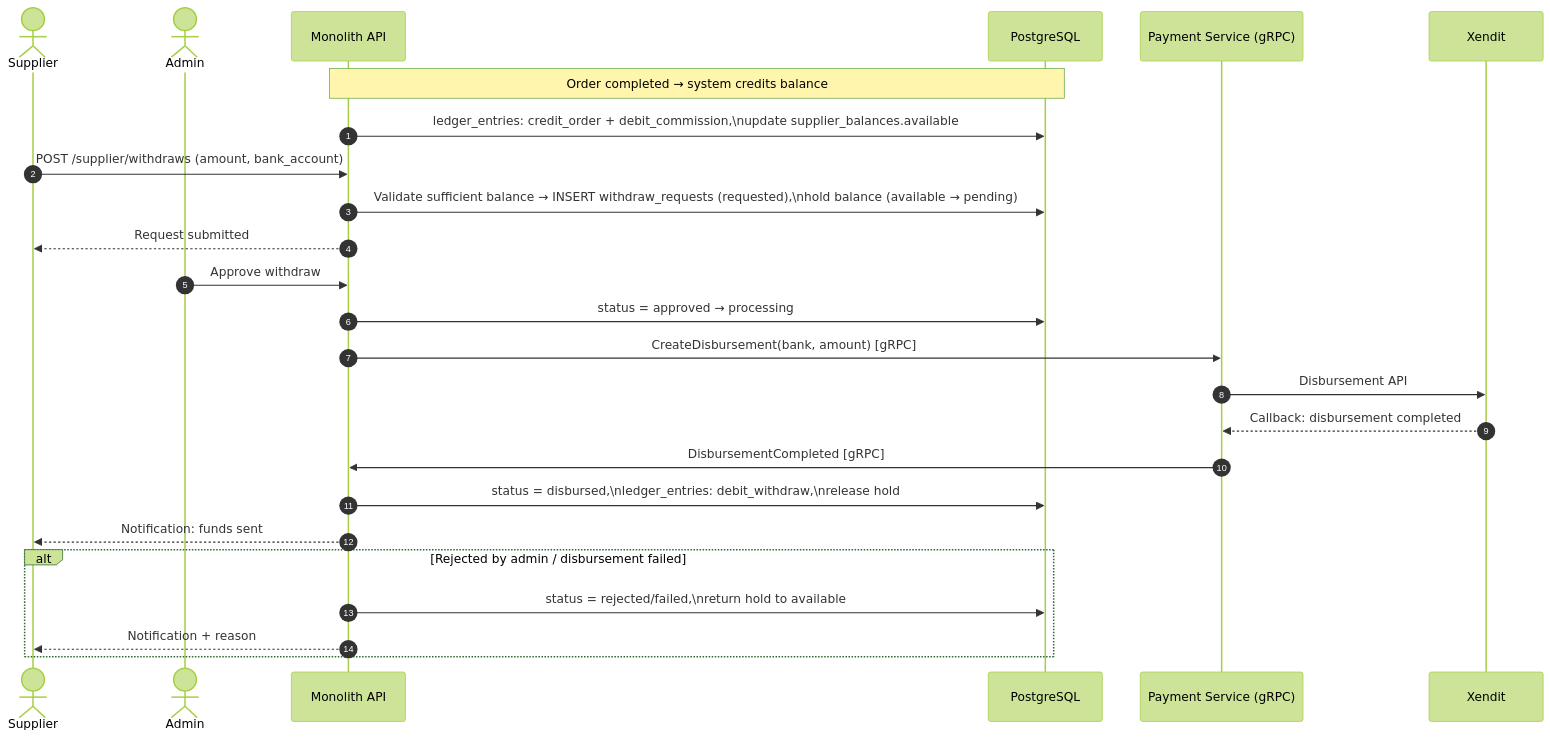
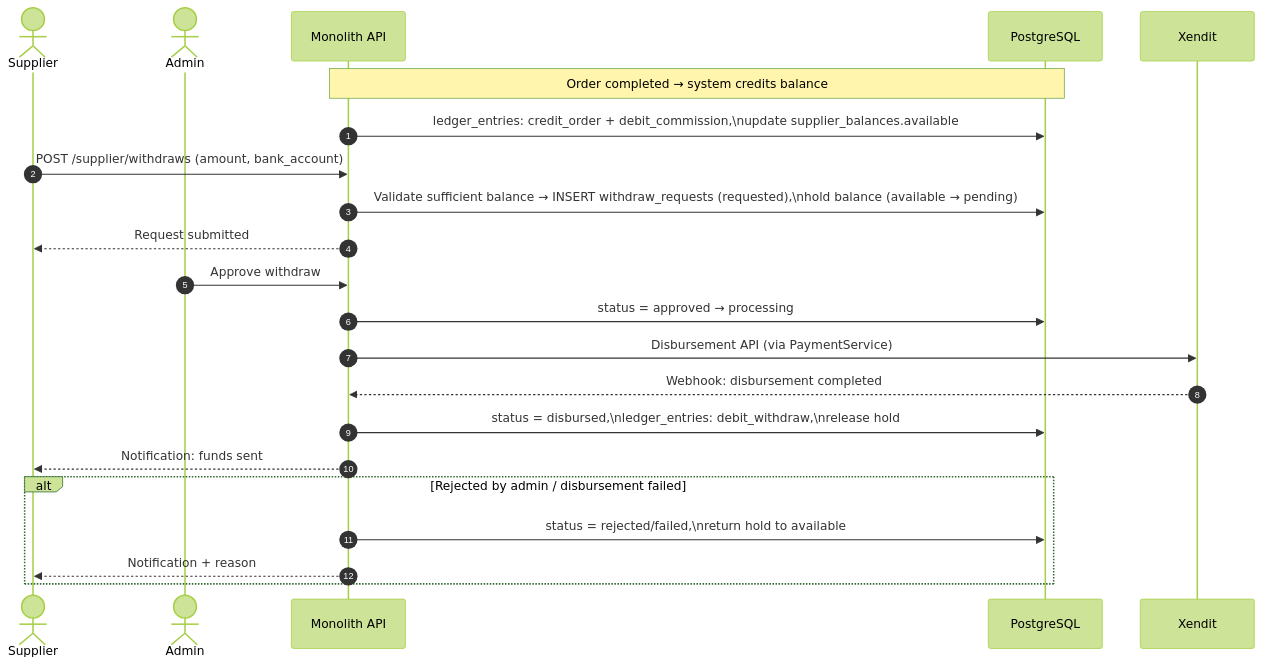
Before and after one commit to erdinhrmwn/bangunin-project: the ninth of 10 diagrams in docs/erd.md, drawn with Mermaid (forest theme). The commit also changed other lines of this file and 6 other files, not shown here.

First line of the commit message:
docs: rearchitect payment/notification/shipping as internal service adapters

````diff
--- a/docs/erd.md
+++ b/docs/erd.md
@@ -485,31 +481,28 @@
 ```mermaid
 sequenceDiagram
     autonumber
     actor S as Supplier
     actor AD as Admin
     participant API as Monolith API
     participant DB as PostgreSQL
-    participant PS as Payment Service (gRPC)
     participant XD as Xendit
 
     Note over API,DB: Order completed → system credits balance
     API->>DB: ledger_entries: credit_order + debit_commission,\nupdate supplier_balances.available
 
     S->>API: POST /supplier/withdraws (amount, bank_account)
     API->>DB: Validate sufficient balance → INSERT withdraw_requests (requested),\nhold balance (available → pending)
     API-->>S: Request submitted
 
     AD->>API: Approve withdraw
     API->>DB: status = approved → processing
-    API->>PS: CreateDisbursement(bank, amount) [gRPC]
-    PS->>XD: Disbursement API
-    XD-->>PS: Callback: disbursement completed
-    PS->>API: DisbursementCompleted [gRPC]
+    API->>XD: Disbursement API (via PaymentService)
+    XD-->>API: Webhook: disbursement completed
     API->>DB: status = disbursed,\nledger_entries: debit_withdraw,\nrelease hold
     API-->>S: Notification: funds sent
 
     alt Rejected by admin / disbursement failed
         API->>DB: status = rejected/failed,\nreturn hold to available
         API-->>S: Notification + reason
     end
 ```
````
